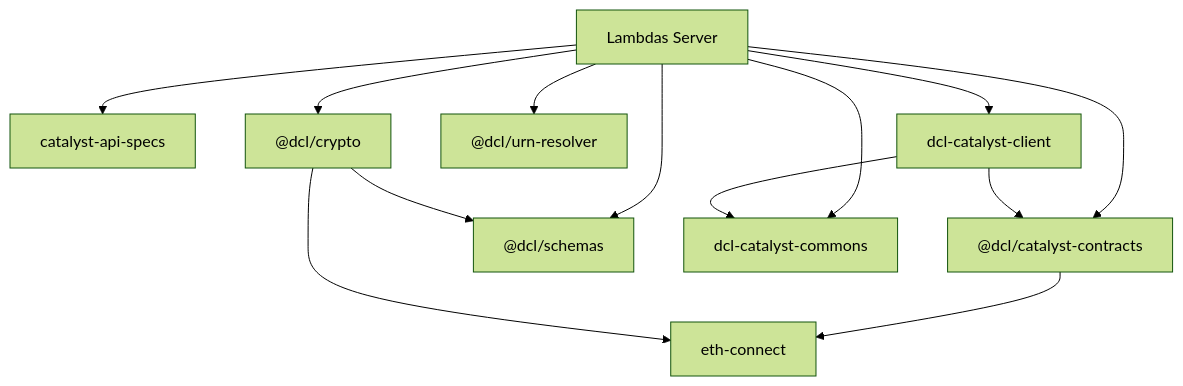
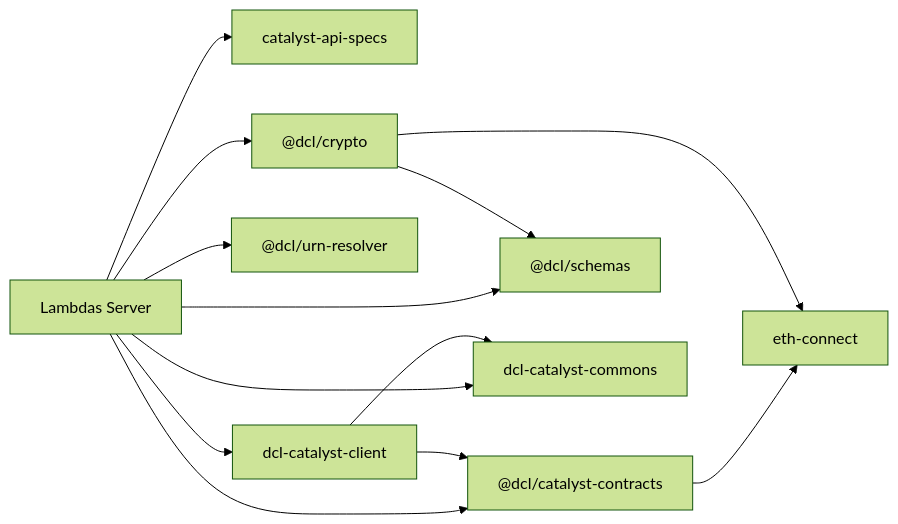
The second of 2 diagrams in docs/dependencies.md (decentraland/catalyst), drawn with Mermaid (forest theme) before and after one commit. The commit also changed other lines of this file, not shown here.

Commit message:
graph layout left to right

````diff
--- a/docs/dependencies.md
+++ b/docs/dependencies.md
@@ -29,16 +29,16 @@
 ```mermaid
-graph
+graph LR
 
 lambdasserver["Lambdas Server"] --> catalystapispecs["catalyst-api-specs"]
 lambdasserver --> catalystcontracts["@dcl/catalyst-contracts"]
 lambdasserver --> crypto["@dcl/crypto"]
 lambdasserver --> schemas["@dcl/schemas"]
 lambdasserver --> urnresolver["@dcl/urn-resolver"]
 lambdasserver --> catalystclient["dcl-catalyst-client"]
 lambdasserver --> catalystcommons["dcl-catalyst-commons"]
 catalystclient --> catalystcommons
 catalystclient --> catalystcontracts
 catalystcontracts --> ethconnect["eth-connect"]
 crypto --> schemas
 crypto --> ethconnect
 ```
````
